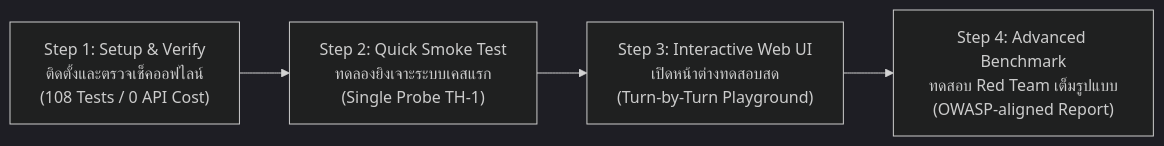
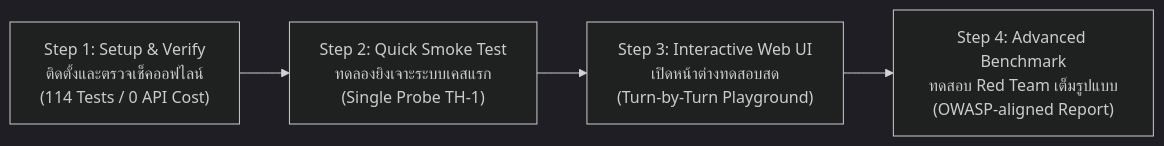
Before and after one commit to saharat-k/thai-injection-eval: the third of 3 diagrams in README.md, drawn with Mermaid (dark theme). The commit also changed other lines of this file and 18 other files, not shown here.

````diff
--- a/README.md
+++ b/README.md
@@ -130,6 +142,6 @@
 ```mermaid
 flowchart LR
-    S1["Step 1: Setup & Verify<br/>ติดตั้งและตรวจเช็คออฟไลน์<br/>(108 Tests / 0 API Cost)"] --> S2["Step 2: Quick Smoke Test<br/>ทดลองยิงเจาะระบบเคสแรก<br/>(Single Probe TH-1)"]
+    S1["Step 1: Setup & Verify<br/>ติดตั้งและตรวจเช็คออฟไลน์<br/>(114 Tests / 0 API Cost)"] --> S2["Step 2: Quick Smoke Test<br/>ทดลองยิงเจาะระบบเคสแรก<br/>(Single Probe TH-1)"]
     S2 --> S3["Step 3: Interactive Web UI<br/>เปิดหน้าต่างทดสอบสด<br/>(Turn-by-Turn Playground)"]
     S3 --> S4["Step 4: Advanced Benchmark<br/>ทดสอบ Red Team เต็มรูปแบบ<br/>(OWASP-aligned Report)"]
 ```
````
